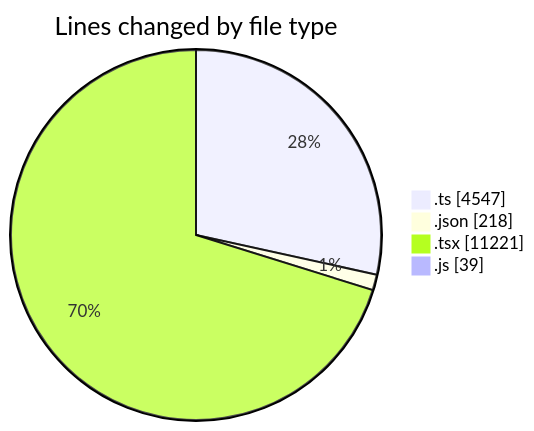
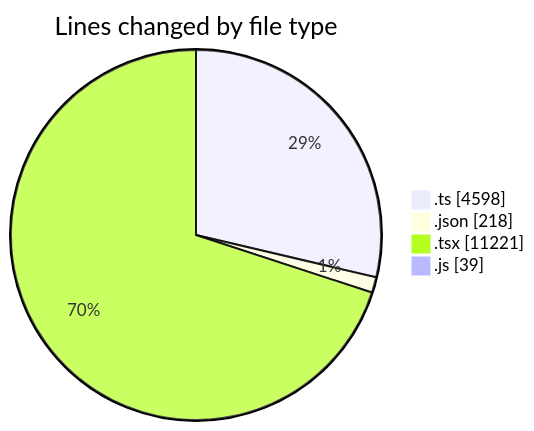
Before and after one commit to nxtqubesakshisongat/code-tracking: the first of 2 diagrams in 2026-03-16/nxtqube_webapp/README.md, drawn with Mermaid. The commit also changed other lines of this file and 1 other file, not shown here.

````diff
--- a/2026-03-16/nxtqube_webapp/README.md
+++ b/2026-03-16/nxtqube_webapp/README.md
@@ -62,8 +63,8 @@
 ```mermaid
 pie showData
 title Lines changed by file type
-".ts" : 4547
+".ts" : 4598
 ".json" : 218
 ".tsx" : 11221
 ".js" : 39
 ```
````
